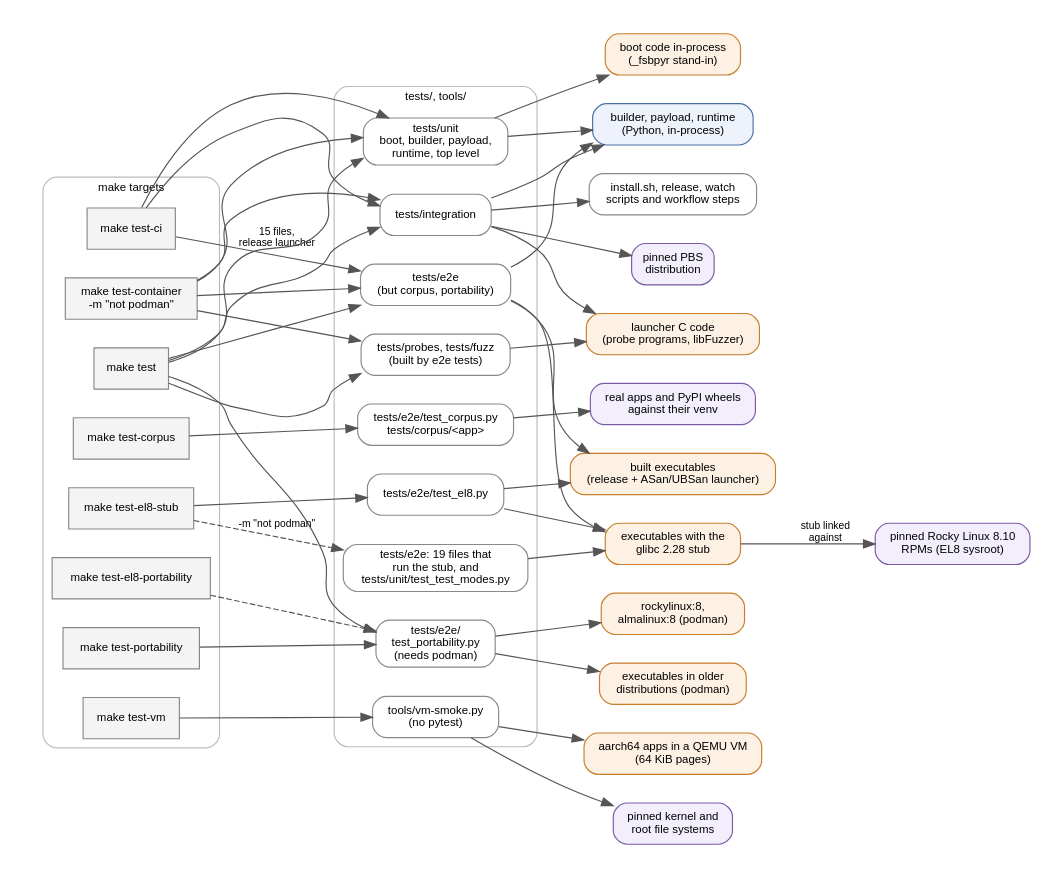
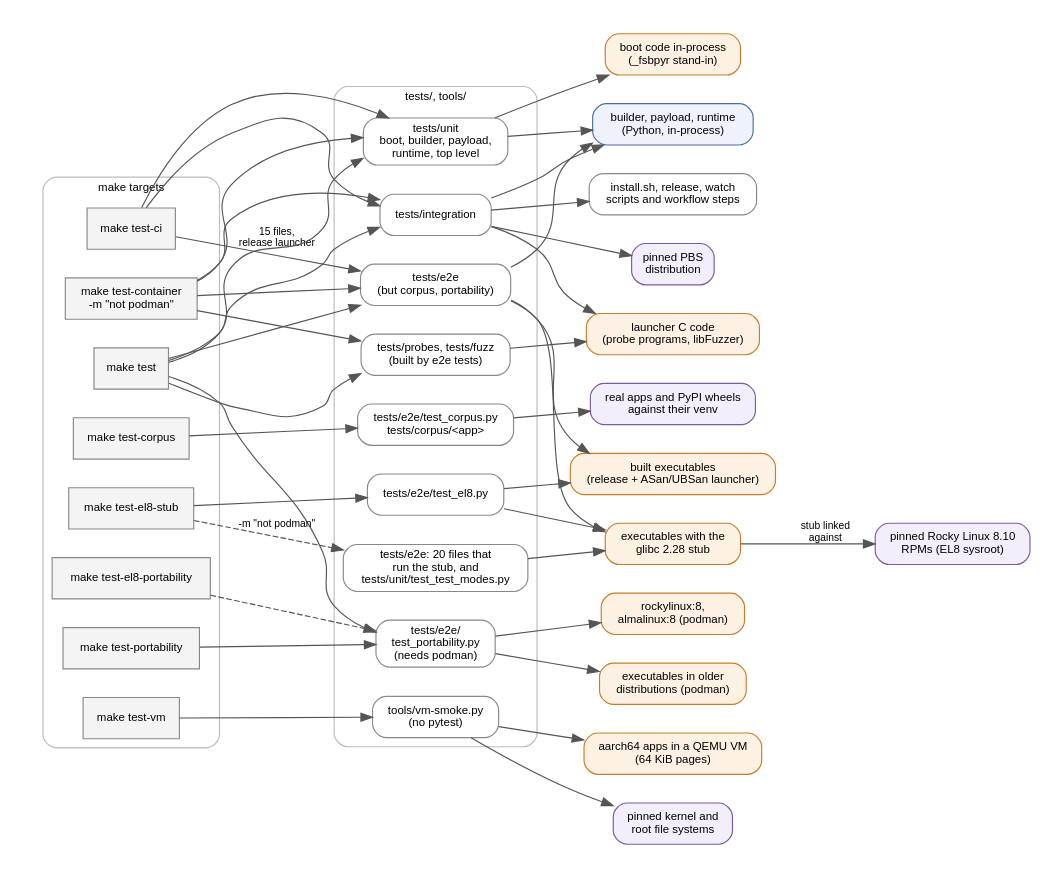
Before and after one commit to devitops-com/fsbpyr: the diagram in wiki/diagrams/testing-layers.dot, drawn with Graphviz. The commit also changed 6 other files, not shown here.

```diff
--- a/wiki/diagrams/testing-layers.dot
+++ b/wiki/diagrams/testing-layers.dot
@@ -1,91 +1,91 @@
 // The test layers of fsbpyr v0.30.0: which make target runs each (left), the test
 // directories and tools/vm-smoke.py (middle), and what each exercises (right). Colours on the
 // right follow the wiki's legend: build time (blue), run time inside a built executable
 // (orange), external inputs (purple). Make targets and test directories are neutral (grey,
 // white). make test-el8 is make test-el8-stub and make test-el8-portability; the dashed edges
 // run in the EL8 test mode (FSBPYR_TEST_GLIBC=2.28).
 digraph testing_layers {
   graph [fontname="Helvetica" fontsize=11 rankdir=LR bgcolor="white" pad=0.3 nodesep=0.35 ranksep=0.5];
   node [fontname="Helvetica" fontsize=10 shape=box style="rounded,filled" fillcolor="#eef3fb" color="#4a6fa5"];
   edge [fontname="Helvetica" fontsize=9 color="#555555"];
 
   subgraph cluster_make {
     label="make targets"; color="#bbbbbb"; style="rounded"; fontsize=10;
     node [style="filled" fillcolor="#f4f4f4" color="#888888"];
     test_ci [label="make test-ci"];
     test [label="make test"];
     test_container [label="make test-container\n-m \"not podman\""];
     test_corpus [label="make test-corpus"];
     test_portability [label="make test-portability"];
     test_el8_stub [label="make test-el8-stub"];
     test_el8_portability [label="make test-el8-portability"];
     test_vm [label="make test-vm"];
   }
 
   subgraph cluster_tests {
     label="tests/, tools/"; color="#bbbbbb"; style="rounded"; fontsize=10;
     node [fillcolor="#ffffff" color="#888888"];
     unit [label="tests/unit\nboot, builder, payload,\nruntime, top level"];
     integration [label="tests/integration"];
     e2e [label="tests/e2e\n(but corpus, portability)"];
-    el8_files [label="tests/e2e: 19 files that\nrun the stub, and\ntests/unit/test_test_modes.py"];
+    el8_files [label="tests/e2e: 20 files that\nrun the stub, and\ntests/unit/test_test_modes.py"];
     el8_test [label="tests/e2e/test_el8.py"];
     probes [label="tests/probes, tests/fuzz\n(built by e2e tests)"];
     portability [label="tests/e2e/\ntest_portability.py\n(needs podman)"];
     corpus [label="tests/e2e/test_corpus.py\ntests/corpus/<app>"];
     vmsmoke [label="tools/vm-smoke.py\n(no pytest)"];
   }
 
   python [label="builder, payload, runtime\n(Python, in-process)"];
   boot [label="boot code in-process\n(_fsbpyr stand-in)" fillcolor="#fdf1e3" color="#c77d2a"];
   scripts [label="install.sh, release, watch\nscripts and workflow steps" fillcolor="#ffffff" color="#888888"];
   pbs [label="pinned PBS\ndistribution" fillcolor="#f3eefb" color="#7a5aa5"];
   launcher [label="launcher C code\n(probe programs, libFuzzer)" fillcolor="#fdf1e3" color="#c77d2a"];
   executables [label="built executables\n(release + ASan/UBSan launcher)" fillcolor="#fdf1e3" color="#c77d2a"];
   el8_executables [label="executables with the\nglibc 2.28 stub" fillcolor="#fdf1e3" color="#c77d2a"];
   el8_sysroot [label="pinned Rocky Linux 8.10\nRPMs (EL8 sysroot)" fillcolor="#f3eefb" color="#7a5aa5"];
   distributions [label="executables in older\ndistributions (podman)" fillcolor="#fdf1e3" color="#c77d2a"];
   el8_images [label="rockylinux:8,\nalmalinux:8 (podman)" fillcolor="#fdf1e3" color="#c77d2a"];
   apps [label="real apps and PyPI wheels\nagainst their venv" fillcolor="#f3eefb" color="#7a5aa5"];
   vm [label="aarch64 apps in a QEMU VM\n(64 KiB pages)" fillcolor="#fdf1e3" color="#c77d2a"];
   kernels [label="pinned kernel and\nroot file systems" fillcolor="#f3eefb" color="#7a5aa5"];
 
   test_ci -> unit;
   test_ci -> integration;
   test_ci -> e2e [label="15 files,\nrelease launcher"];
   test -> unit;
   test -> integration;
   test -> e2e;
   test -> probes;
   test -> portability;
   test_container -> unit;
   test_container -> integration;
   test_container -> e2e;
   test_container -> probes;
   test_corpus -> corpus;
   test_portability -> portability;
   test_el8_stub -> el8_files [style=dashed label="-m \"not podman\""];
   test_el8_stub -> el8_test;
   test_el8_portability -> portability [style=dashed];
   test_vm -> vmsmoke;
 
   unit -> python;
   unit -> boot;
   integration -> python;
   integration -> pbs;
   integration -> scripts;
   integration -> launcher;
   e2e -> python;
   e2e -> executables;
   e2e -> el8_executables;
   el8_files -> el8_executables;
   el8_test -> executables;
   el8_test -> el8_executables;
   el8_executables -> el8_sysroot [label="stub linked\nagainst"];
   probes -> launcher;
   portability -> distributions;
   portability -> el8_images;
   corpus -> apps;
   vmsmoke -> vm;
   vmsmoke -> kernels;
 }
```
